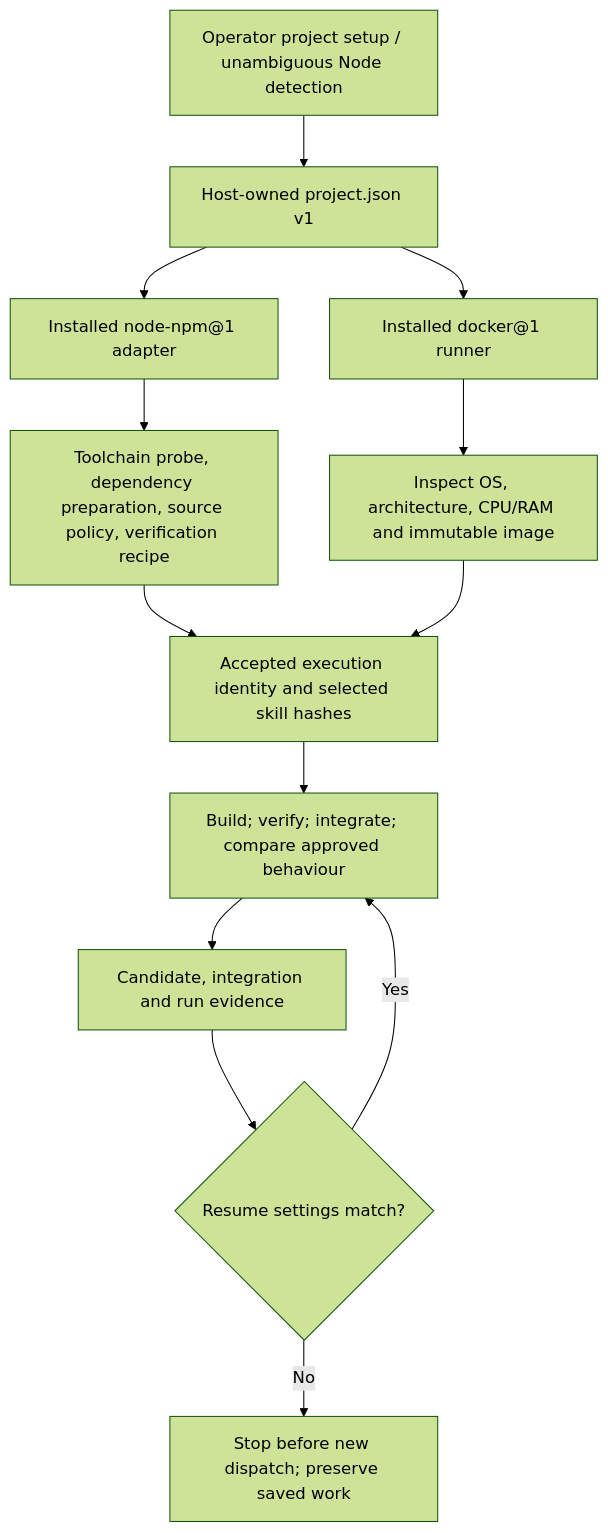
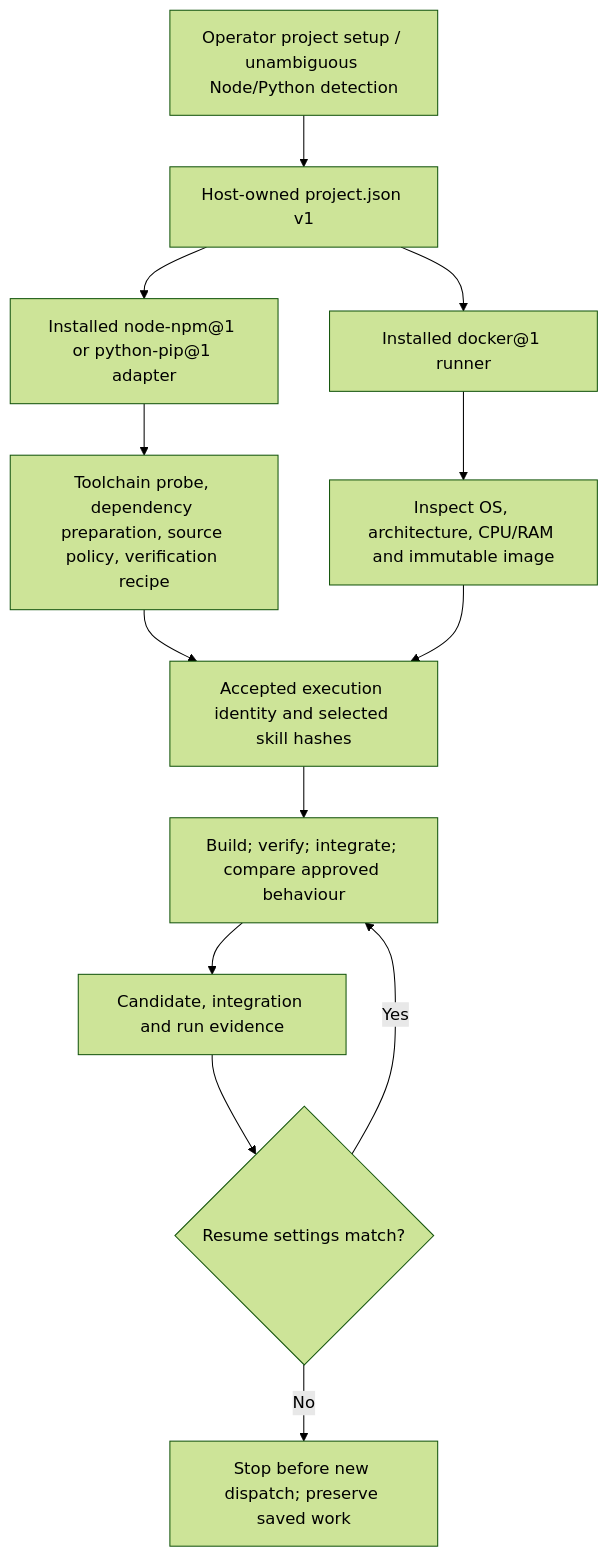
The second of 8 diagrams in ARCHITECTURE.md (BleOdel/agent-harness), drawn with Mermaid (forest theme) before and after one commit. The commit also changed other lines of this file and 43 other files, not shown here.

````diff
--- a/ARCHITECTURE.md
+++ b/ARCHITECTURE.md
@@ -52,15 +52,15 @@
 ```mermaid
 flowchart TD
-  S["Operator project setup / unambiguous Node detection"] --> P["Host-owned project.json v1"]
-  P --> A["Installed node-npm@1 adapter"]
+  S["Operator project setup / unambiguous Node/Python detection"] --> P["Host-owned project.json v1"]
+  P --> A["Installed node-npm@1 or python-pip@1 adapter"]
   P --> R["Installed docker@1 runner"]
   A --> T["Toolchain probe, dependency preparation, source policy, verification recipe"]
   R --> C["Inspect OS, architecture, CPU/RAM and immutable image"]
   T --> I["Accepted execution identity and selected skill hashes"]
   C --> I
   I --> B["Build; verify; integrate; compare approved behaviour"]
   B --> E["Candidate, integration and run evidence"]
   E --> Q{"Resume settings match?"}
   Q -->|Yes| B
   Q -->|No| X["Stop before new dispatch; preserve saved work"]
 ```
````
